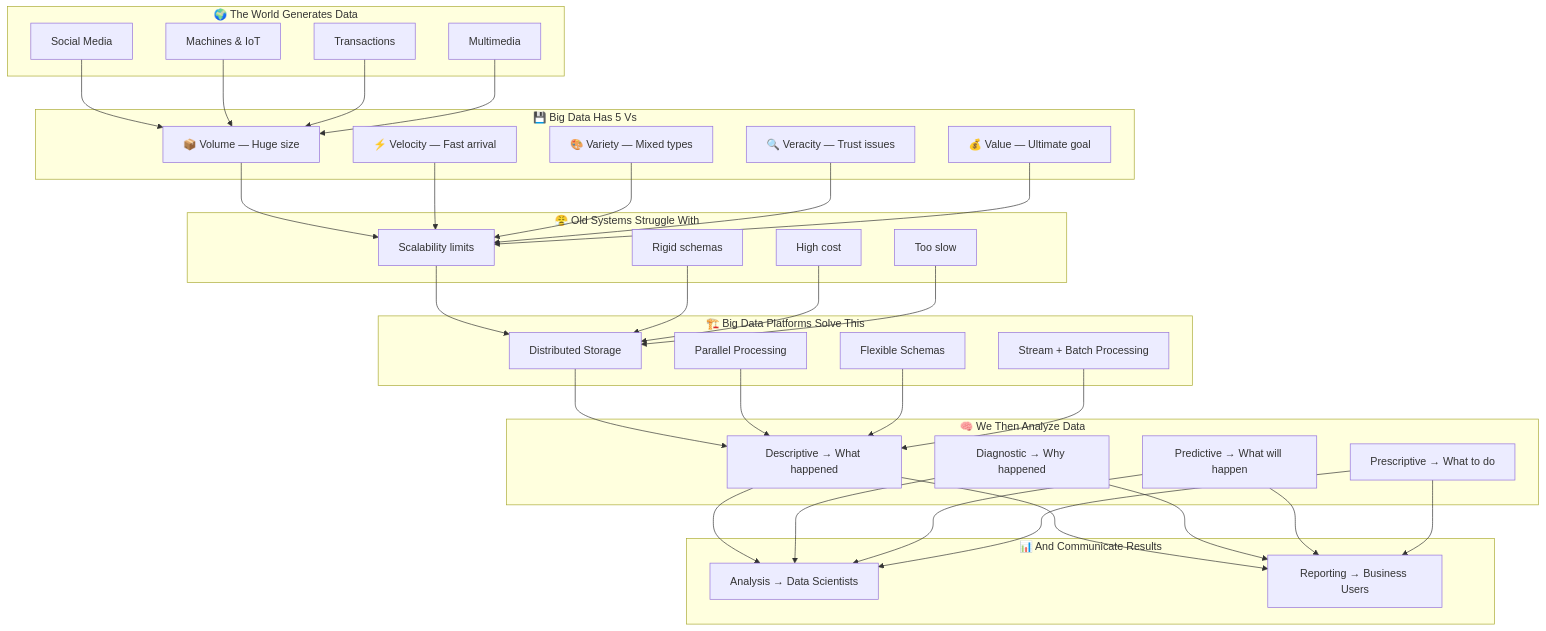
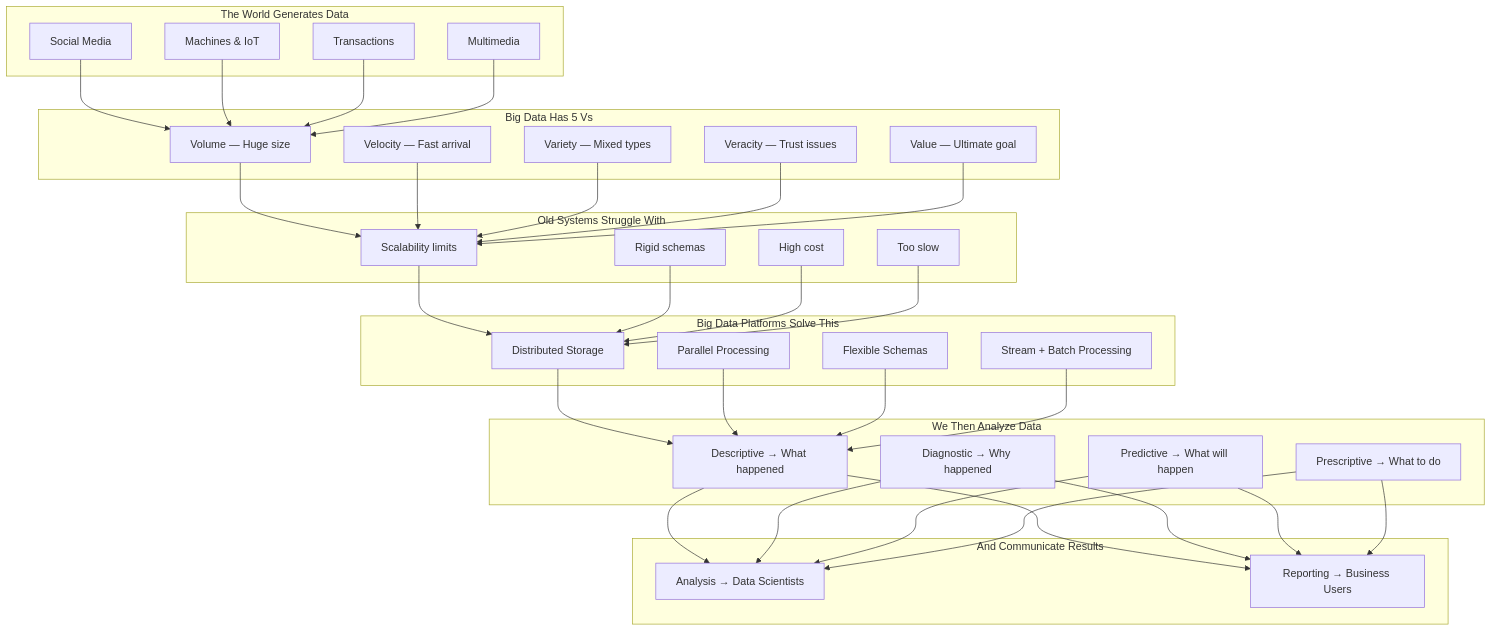
One commit to NK2552003/Big-Data-Survival-Guide changed the ninth of 9 diagrams in UNITS/UNIT 1/unit-1-english-fun.md. Above: the diagram before and after it, drawn with Mermaid. The commit also changed other lines of this file and 78 other files, not shown here.

````diff
--- a/UNITS/UNIT 1/unit-1-english-fun.md
+++ b/UNITS/UNIT 1/unit-1-english-fun.md
@@ -1171,49 +1171,49 @@
 ```mermaid
 flowchart TB
-    subgraph "🌍 The World Generates Data"
-        S["Social Media"]
-        M["Machines & IoT"]
-        T["Transactions"]
-        MM["Multimedia"]
-    end
-    
-    subgraph "💾 Big Data Has 5 Vs"
-        V1["📦 Volume — Huge size"]
-        V2["⚡ Velocity — Fast arrival"]
-        V3["🎨 Variety — Mixed types"]
-        V4["🔍 Veracity — Trust issues"]
-        V5["💰 Value — Ultimate goal"]
-    end
-    
-    subgraph "😤 Old Systems Struggle With"
-        C1["Scalability limits"]
-        C2["Rigid schemas"]
-        C3["High cost"]
-        C4["Too slow"]
-    end
-    
-    subgraph "🏗️ Big Data Platforms Solve This"
-        P1["Distributed Storage"]
-        P2["Parallel Processing"]
-        P3["Flexible Schemas"]
-        P4["Stream + Batch Processing"]
-    end
-    
-    subgraph "🧠 We Then Analyze Data"
-        A1["Descriptive → What happened"]
-        A2["Diagnostic → Why happened"]
-        A3["Predictive → What will happen"]
-        A4["Prescriptive → What to do"]
-    end
-    
-    subgraph "📊 And Communicate Results"
-        R1["Analysis → Data Scientists"]
-        R2["Reporting → Business Users"]
-    end
-    
-    S & M & T & MM --> V1
-    V1 & V2 & V3 & V4 & V5 --> C1
-    C1 & C2 & C3 & C4 --> P1
-    P1 & P2 & P3 & P4 --> A1
-    A1 & A2 & A3 & A4 --> R1 & R2
+ subgraph " The World Generates Data"
+ S["Social Media"]
+ M["Machines & IoT"]
+ T["Transactions"]
+ MM["Multimedia"]
+ end
+
+ subgraph " Big Data Has 5 Vs"
+ V1[" Volume — Huge size"]
+ V2[" Velocity — Fast arrival"]
+ V3[" Variety — Mixed types"]
+ V4[" Veracity — Trust issues"]
+ V5[" Value — Ultimate goal"]
+ end
+
+ subgraph " Old Systems Struggle With"
+ C1["Scalability limits"]
+ C2["Rigid schemas"]
+ C3["High cost"]
+ C4["Too slow"]
+ end
+
+ subgraph " Big Data Platforms Solve This"
+ P1["Distributed Storage"]
+ P2["Parallel Processing"]
+ P3["Flexible Schemas"]
+ P4["Stream + Batch Processing"]
+ end
+
+ subgraph " We Then Analyze Data"
+ A1["Descriptive → What happened"]
+ A2["Diagnostic → Why happened"]
+ A3["Predictive → What will happen"]
+ A4["Prescriptive → What to do"]
+ end
+
+ subgraph " And Communicate Results"
+ R1["Analysis → Data Scientists"]
+ R2["Reporting → Business Users"]
+ end
+
+ S & M & T & MM --> V1
+ V1 & V2 & V3 & V4 & V5 --> C1
+ C1 & C2 & C3 & C4 --> P1
+ P1 & P2 & P3 & P4 --> A1
+ A1 & A2 & A3 & A4 --> R1 & R2
 ```
````
